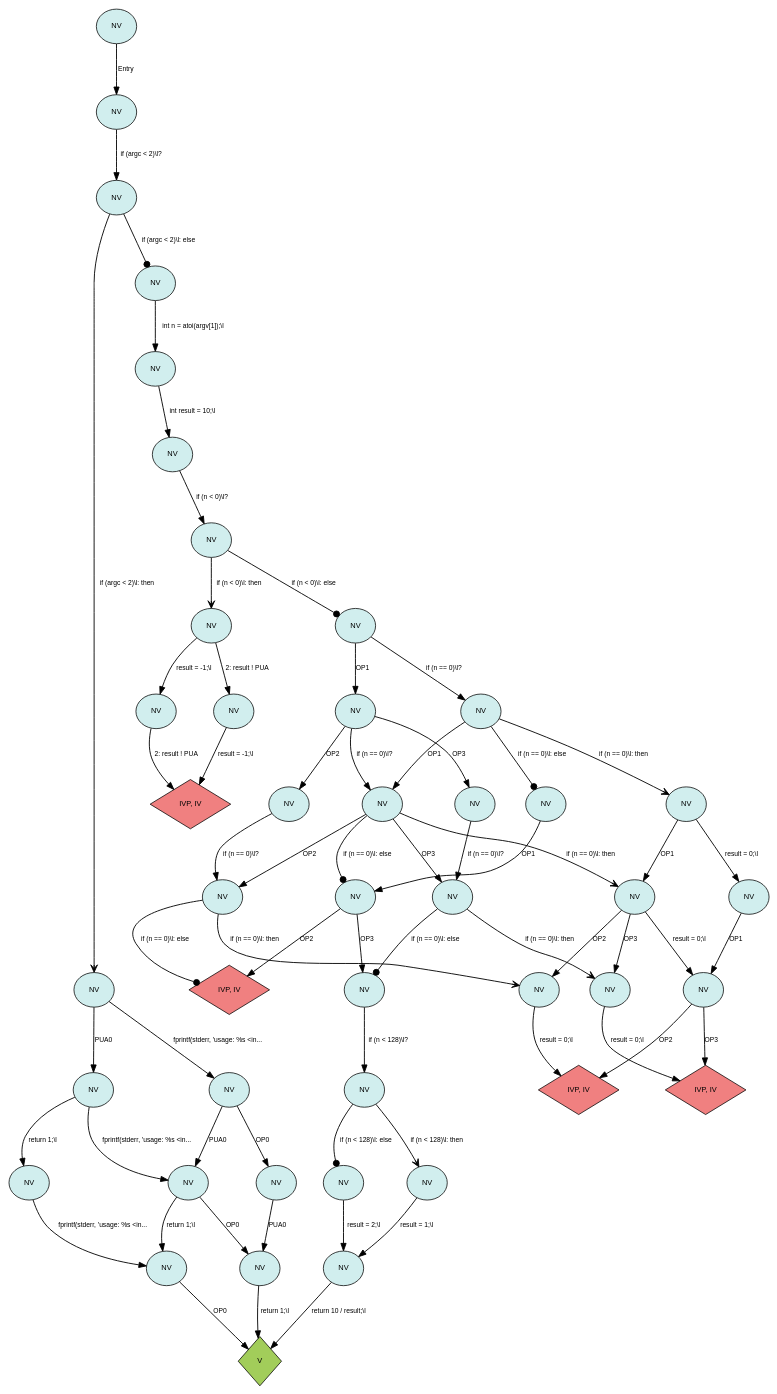
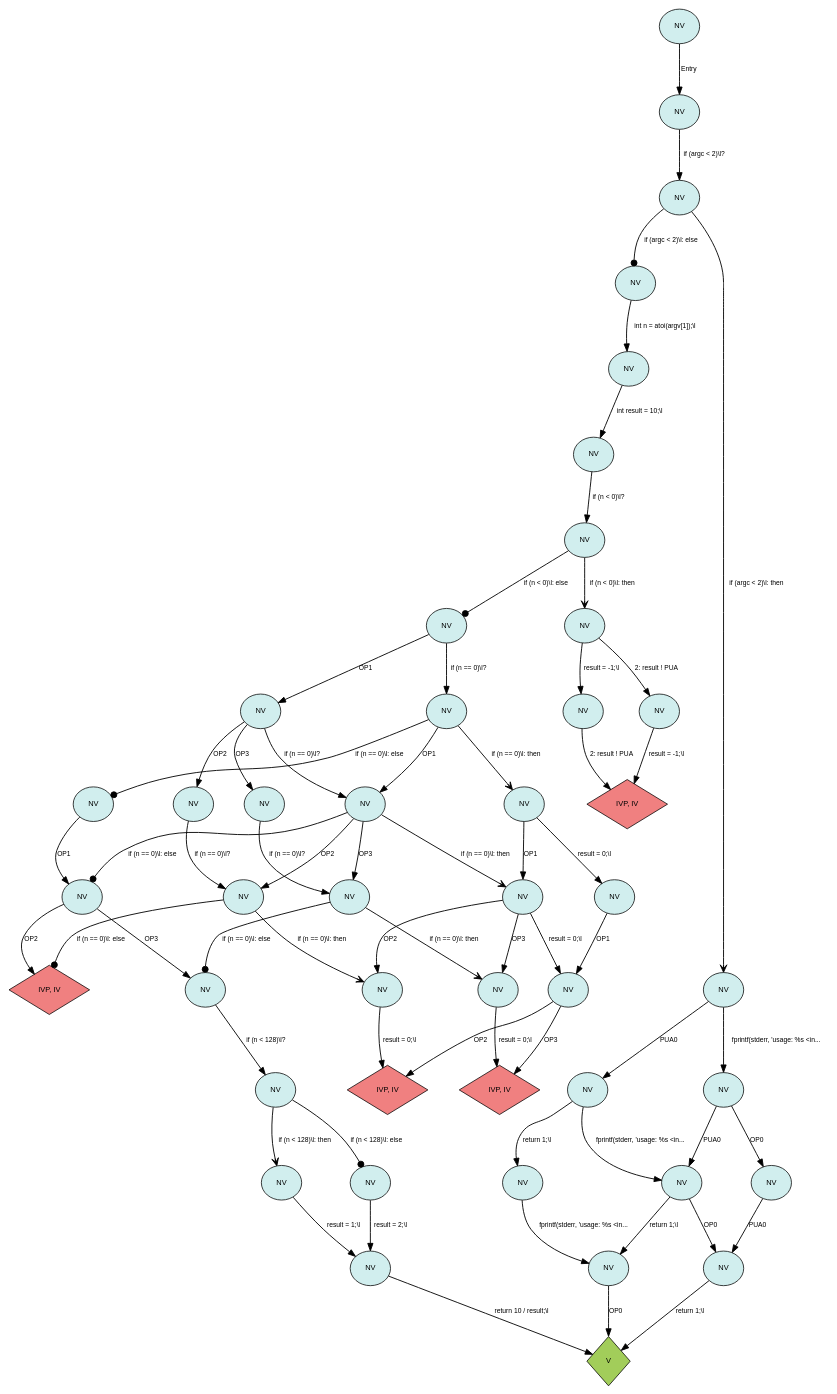
One commit to FelicitasGarcia/MimicryMonitor changed the diagram in exampleFiles/dots/llvmBasedResults/Verdicts_Labeled_DOT.dot. Above: the diagram before and after it, drawn with Graphviz. The commit also changed other lines of this file and 41 other files, not shown here.

```diff
--- a/exampleFiles/dots/llvmBasedResults/Verdicts_Labeled_DOT.dot
+++ b/exampleFiles/dots/llvmBasedResults/Verdicts_Labeled_DOT.dot
@@ -6,50 +6,50 @@
 edge [curvature=0.3];  node [fontname="Helvetica", fontsize=10];
   edge [fontname="Helvetica", fontsize=9];
 
+  589 [label="NV", style=filled, fillcolor="lightcyan2", shape=ellipse, margin="0.15,0.15"];
+  665 [label="NV", style=filled, fillcolor="lightcyan2", shape=ellipse, margin="0.15,0.15"];
+  949 [label="NV", style=filled, fillcolor="lightcyan2", shape=ellipse, margin="0.15,0.15"];
+  628 [label="NV", style=filled, fillcolor="lightcyan2", shape=ellipse, margin="0.15,0.15"];
+  493 [label="NV", style=filled, fillcolor="lightcyan2", shape=ellipse, margin="0.15,0.15"];
+  59 [label="NV", style=filled, fillcolor="lightcyan2", shape=ellipse, margin="0.15,0.15"];
+  159 [label="NV", style=filled, fillcolor="lightcyan2", shape=ellipse, margin="0.15,0.15"];
+  306 [label="NV", style=filled, fillcolor="lightcyan2", shape=ellipse, margin="0.15,0.15"];
+  452 [label="NV", style=filled, fillcolor="lightcyan2", shape=ellipse, margin="0.15,0.15"];
+  775 [label="NV", style=filled, fillcolor="lightcyan2", shape=ellipse, margin="0.15,0.15"];
+  375 [label="NV", style=filled, fillcolor="lightcyan2", shape=ellipse, margin="0.15,0.15"];
+  716 [label="NV", style=filled, fillcolor="lightcyan2", shape=ellipse, margin="0.15,0.15"];
+  8 [label="NV", style=filled, fillcolor="lightcyan2", shape=ellipse, margin="0.15,0.15"];
+  866 [label="NV", style=filled, fillcolor="lightcyan2", shape=ellipse, margin="0.15,0.15"];
+  269 [label="NV", style=filled, fillcolor="lightcyan2", shape=ellipse, margin="0.15,0.15"];
+  841 [label="IVP, IV", style=filled, fillcolor="lightcoral", shape=diamond, margin="0.15,0.15"];
+  190 [label="NV", style=filled, fillcolor="lightcyan2", shape=ellipse, margin="0.15,0.15"];
+  0 [label="NV", style=filled, fillcolor="lightcyan2", shape=ellipse, margin="0.15,0.15"];
+  501 [label="NV", style=filled, fillcolor="lightcyan2", shape=ellipse, margin="0.15,0.15"];
+  518 [label="NV", style=filled, fillcolor="lightcyan2", shape=ellipse, margin="0.15,0.15"];
+  541 [label="IVP, IV", style=filled, fillcolor="lightcoral", shape=diamond, margin="0.15,0.15"];
+  727 [label="NV", style=filled, fillcolor="lightcyan2", shape=ellipse, margin="0.15,0.15"];
+  885 [label="IVP, IV", style=filled, fillcolor="lightcoral", shape=diamond, margin="0.15,0.15"];
+  611 [label="NV", style=filled, fillcolor="lightcyan2", shape=ellipse, margin="0.15,0.15"];
+  211 [label="NV", style=filled, fillcolor="lightcyan2", shape=ellipse, margin="0.15,0.15"];
+  705 [label="IVP, IV", style=filled, fillcolor="lightcoral", shape=diamond, margin="0.15,0.15"];
+  738 [label="NV", style=filled, fillcolor="lightcyan2", shape=ellipse, margin="0.15,0.15"];
   114 [label="NV", style=filled, fillcolor="lightcyan2", shape=ellipse, margin="0.15,0.15"];
-  269 [label="NV", style=filled, fillcolor="lightcyan2", shape=ellipse, margin="0.15,0.15"];
-  665 [label="NV", style=filled, fillcolor="lightcyan2", shape=ellipse, margin="0.15,0.15"];
-  885 [label="IVP, IV", style=filled, fillcolor="lightcoral", shape=diamond, margin="0.15,0.15"];
-  159 [label="NV", style=filled, fillcolor="lightcyan2", shape=ellipse, margin="0.15,0.15"];
-  841 [label="IVP, IV", style=filled, fillcolor="lightcoral", shape=diamond, margin="0.15,0.15"];
-  493 [label="NV", style=filled, fillcolor="lightcyan2", shape=ellipse, margin="0.15,0.15"];
+  617 [label="NV", style=filled, fillcolor="lightcyan2", shape=ellipse, margin="0.15,0.15"];
+  346 [label="V", style=filled, fillcolor="darkolivegreen3", shape=diamond, margin="0.15,0.15"];
+  390 [label="NV", style=filled, fillcolor="lightcyan2", shape=ellipse, margin="0.15,0.15"];
   96 [label="NV", style=filled, fillcolor="lightcyan2", shape=ellipse, margin="0.15,0.15"];
+  237 [label="NV", style=filled, fillcolor="lightcyan2", shape=ellipse, margin="0.15,0.15"];
+  997 [label="NV", style=filled, fillcolor="lightcyan2", shape=ellipse, margin="0.15,0.15"];
+  496 [label="NV", style=filled, fillcolor="lightcyan2", shape=ellipse, margin="0.15,0.15"];
+  444 [label="NV", style=filled, fillcolor="lightcyan2", shape=ellipse, margin="0.15,0.15"];
   43 [label="NV", style=filled, fillcolor="lightcyan2", shape=ellipse, margin="0.15,0.15"];
-  617 [label="NV", style=filled, fillcolor="lightcyan2", shape=ellipse, margin="0.15,0.15"];
-  306 [label="NV", style=filled, fillcolor="lightcyan2", shape=ellipse, margin="0.15,0.15"];
+  81 [label="NV", style=filled, fillcolor="lightcyan2", shape=ellipse, margin="0.15,0.15"];
+  507 [label="NV", style=filled, fillcolor="lightcyan2", shape=ellipse, margin="0.15,0.15"];
+  104 [label="NV", style=filled, fillcolor="lightcyan2", shape=ellipse, margin="0.15,0.15"];
+  155 [label="NV", style=filled, fillcolor="lightcyan2", shape=ellipse, margin="0.15,0.15"];
+  458 [label="NV", style=filled, fillcolor="lightcyan2", shape=ellipse, margin="0.15,0.15"];
   473 [label="NV", style=filled, fillcolor="lightcyan2", shape=ellipse, margin="0.15,0.15"];
-  155 [label="NV", style=filled, fillcolor="lightcyan2", shape=ellipse, margin="0.15,0.15"];
   946 [label="NV", style=filled, fillcolor="lightcyan2", shape=ellipse, margin="0.15,0.15"];
-  346 [label="V", style=filled, fillcolor="darkolivegreen3", shape=diamond, margin="0.15,0.15"];
-  507 [label="NV", style=filled, fillcolor="lightcyan2", shape=ellipse, margin="0.15,0.15"];
-  8 [label="NV", style=filled, fillcolor="lightcyan2", shape=ellipse, margin="0.15,0.15"];
-  375 [label="NV", style=filled, fillcolor="lightcyan2", shape=ellipse, margin="0.15,0.15"];
-  775 [label="NV", style=filled, fillcolor="lightcyan2", shape=ellipse, margin="0.15,0.15"];
-  0 [label="NV", style=filled, fillcolor="lightcyan2", shape=ellipse, margin="0.15,0.15"];
-  628 [label="NV", style=filled, fillcolor="lightcyan2", shape=ellipse, margin="0.15,0.15"];
-  716 [label="NV", style=filled, fillcolor="lightcyan2", shape=ellipse, margin="0.15,0.15"];
-  727 [label="NV", style=filled, fillcolor="lightcyan2", shape=ellipse, margin="0.15,0.15"];
-  190 [label="NV", style=filled, fillcolor="lightcyan2", shape=ellipse, margin="0.15,0.15"];
-  738 [label="NV", style=filled, fillcolor="lightcyan2", shape=ellipse, margin="0.15,0.15"];
-  237 [label="NV", style=filled, fillcolor="lightcyan2", shape=ellipse, margin="0.15,0.15"];
-  705 [label="IVP, IV", style=filled, fillcolor="lightcoral", shape=diamond, margin="0.15,0.15"];
-  496 [label="NV", style=filled, fillcolor="lightcyan2", shape=ellipse, margin="0.15,0.15"];
-  452 [label="NV", style=filled, fillcolor="lightcyan2", shape=ellipse, margin="0.15,0.15"];
-  444 [label="NV", style=filled, fillcolor="lightcyan2", shape=ellipse, margin="0.15,0.15"];
-  59 [label="NV", style=filled, fillcolor="lightcyan2", shape=ellipse, margin="0.15,0.15"];
-  104 [label="NV", style=filled, fillcolor="lightcyan2", shape=ellipse, margin="0.15,0.15"];
-  518 [label="NV", style=filled, fillcolor="lightcyan2", shape=ellipse, margin="0.15,0.15"];
-  589 [label="NV", style=filled, fillcolor="lightcyan2", shape=ellipse, margin="0.15,0.15"];
-  501 [label="NV", style=filled, fillcolor="lightcyan2", shape=ellipse, margin="0.15,0.15"];
-  541 [label="IVP, IV", style=filled, fillcolor="lightcoral", shape=diamond, margin="0.15,0.15"];
-  211 [label="NV", style=filled, fillcolor="lightcyan2", shape=ellipse, margin="0.15,0.15"];
-  611 [label="NV", style=filled, fillcolor="lightcyan2", shape=ellipse, margin="0.15,0.15"];
-  458 [label="NV", style=filled, fillcolor="lightcyan2", shape=ellipse, margin="0.15,0.15"];
-  949 [label="NV", style=filled, fillcolor="lightcyan2", shape=ellipse, margin="0.15,0.15"];
-  997 [label="NV", style=filled, fillcolor="lightcyan2", shape=ellipse, margin="0.15,0.15"];
-  390 [label="NV", style=filled, fillcolor="lightcyan2", shape=ellipse, margin="0.15,0.15"];
-  866 [label="NV", style=filled, fillcolor="lightcyan2", shape=ellipse, margin="0.15,0.15"];
-  81 [label="NV", style=filled, fillcolor="lightcyan2", shape=ellipse, margin="0.15,0.15"];
 
   59 -> 96 [label="fprintf(stderr, 'usage: %s \<in...", id=12, arrowhead=normal, penwidth=1.2];
   104 -> 159 [label="fprintf(stderr, 'usage: %s \<in...", id=12, arrowhead=normal, penwidth=1.2];
@@ -64,24 +64,24 @@
   43 -> 81 [label="if (argc \< 2)\\l: else", id=17, arrowhead=dot, penwidth=1.2];
   390 -> 473 [label="result = -1;\\l", id=18, arrowhead=normal, penwidth=1.2];
   458 -> 541 [label="result = -1;\\l", id=18, arrowhead=normal, penwidth=1.2];
-  155 -> 237 [label="PUA0", id=19, arrowhead=normal, penwidth=1.2];
+  375 -> 444 [label="OP1", id=19, arrowhead=normal, penwidth=1.2];
   59 -> 104 [label="PUA0", id=19, arrowhead=normal, penwidth=1.2];
   96 -> 159 [label="PUA0", id=19, arrowhead=normal, penwidth=1.2];
-  375 -> 444 [label="OP1", id=19, arrowhead=normal, penwidth=1.2];
+  155 -> 237 [label="PUA0", id=19, arrowhead=normal, penwidth=1.2];
   444 -> 493 [label="OP2", id=19, arrowhead=normal, penwidth=1.2];
-  617 -> 705 [label="OP2", id=19, arrowhead=normal, penwidth=1.2];
+  775 -> 885 [label="OP3", id=19, arrowhead=normal, penwidth=1.2];
+  518 -> 628 [label="OP1", id=19, arrowhead=normal, penwidth=1.2];
+  628 -> 738 [label="OP3", id=19, arrowhead=normal, penwidth=1.2];
   444 -> 496 [label="OP3", id=19, arrowhead=normal, penwidth=1.2];
   452 -> 501 [label="OP1", id=19, arrowhead=normal, penwidth=1.2];
-  665 -> 775 [label="OP1", id=19, arrowhead=normal, penwidth=1.2];
+  501 -> 589 [label="OP2", id=19, arrowhead=normal, penwidth=1.2];
   507 -> 617 [label="OP1", id=19, arrowhead=normal, penwidth=1.2];
   775 -> 841 [label="OP2", id=19, arrowhead=normal, penwidth=1.2];
-  775 -> 885 [label="OP3", id=19, arrowhead=normal, penwidth=1.2];
-  628 -> 738 [label="OP3", id=19, arrowhead=normal, penwidth=1.2];
-  501 -> 589 [label="OP2", id=19, arrowhead=normal, penwidth=1.2];
+  617 -> 705 [label="OP2", id=19, arrowhead=normal, penwidth=1.2];
   617 -> 727 [label="OP3", id=19, arrowhead=normal, penwidth=1.2];
+  665 -> 775 [label="OP1", id=19, arrowhead=normal, penwidth=1.2];
   628 -> 716 [label="OP2", id=19, arrowhead=normal, penwidth=1.2];
   501 -> 611 [label="OP3", id=19, arrowhead=normal, penwidth=1.2];
-  518 -> 628 [label="OP1", id=19, arrowhead=normal, penwidth=1.2];
   104 -> 190 [label="return 1;\\l", id=20, arrowhead=normal, penwidth=1.2];
   159 -> 269 [label="return 1;\\l", id=20, arrowhead=normal, penwidth=1.2];
   237 -> 346 [label="return 1;\\l", id=20, arrowhead=normal, penwidth=1.2];
@@ -91,18 +91,18 @@
   306 -> 390 [label="if (n \< 0)\\l: then", id=24, arrowhead=vee, penwidth=1.2];
   390 -> 458 [label="2: result ! PUA", id=25, arrowhead=normal, penwidth=1.2];
   473 -> 541 [label="2: result ! PUA", id=25, arrowhead=normal, penwidth=1.2];
-  452 -> 507 [label="if (n == 0)\\l: else", id=26, arrowhead=dot, penwidth=1.2];
+  501 -> 617 [label="if (n == 0)\\l: else", id=26, arrowhead=dot, penwidth=1.2];
   375 -> 452 [label="if (n == 0)\\l?", id=26, arrowhead=normal, penwidth=1.2];
   444 -> 501 [label="if (n == 0)\\l?", id=26, arrowhead=normal, penwidth=1.2];
-  611 -> 738 [label="if (n == 0)\\l: then", id=26, arrowhead=vee, penwidth=1.2];
+  452 -> 507 [label="if (n == 0)\\l: else", id=26, arrowhead=dot, penwidth=1.2];
   452 -> 518 [label="if (n == 0)\\l: then", id=26, arrowhead=vee, penwidth=1.2];
   493 -> 589 [label="if (n == 0)\\l?", id=26, arrowhead=normal, penwidth=1.2];
   496 -> 611 [label="if (n == 0)\\l?", id=26, arrowhead=normal, penwidth=1.2];
-  501 -> 617 [label="if (n == 0)\\l: else", id=26, arrowhead=dot, penwidth=1.2];
+  589 -> 716 [label="if (n == 0)\\l: then", id=26, arrowhead=vee, penwidth=1.2];
+  611 -> 727 [label="if (n == 0)\\l: else", id=26, arrowhead=dot, penwidth=1.2];
+  611 -> 738 [label="if (n == 0)\\l: then", id=26, arrowhead=vee, penwidth=1.2];
   501 -> 628 [label="if (n == 0)\\l: then", id=26, arrowhead=vee, penwidth=1.2];
-  589 -> 716 [label="if (n == 0)\\l: then", id=26, arrowhead=vee, penwidth=1.2];
   589 -> 705 [label="if (n == 0)\\l: else", id=26, arrowhead=dot, penwidth=1.2];
-  611 -> 727 [label="if (n == 0)\\l: else", id=26, arrowhead=dot, penwidth=1.2];
   518 -> 665 [label="result = 0;\\l", id=27, arrowhead=normal, penwidth=1.2];
   628 -> 775 [label="result = 0;\\l", id=27, arrowhead=normal, penwidth=1.2];
   716 -> 841 [label="result = 0;\\l", id=27, arrowhead=normal, penwidth=1.2];
```
